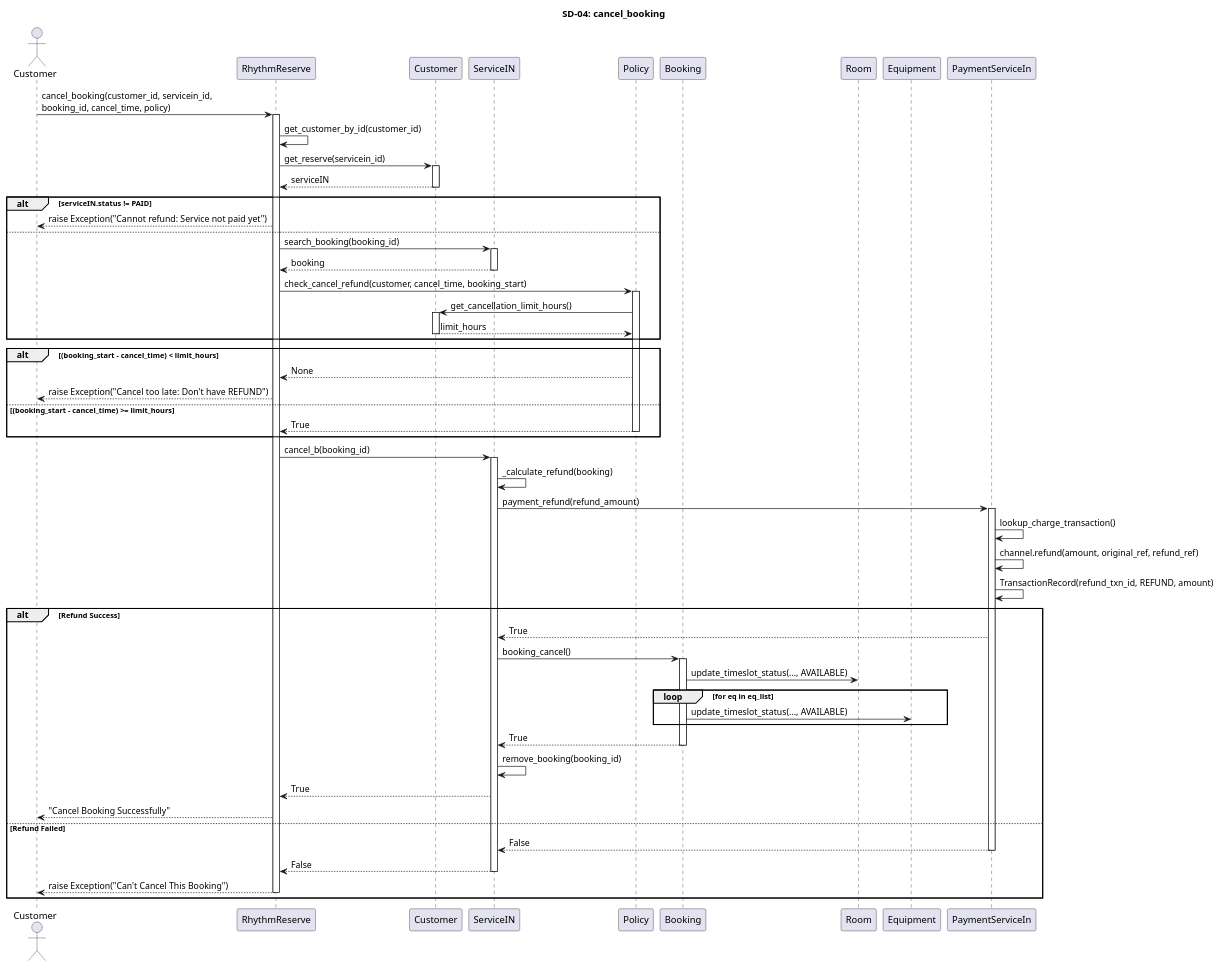
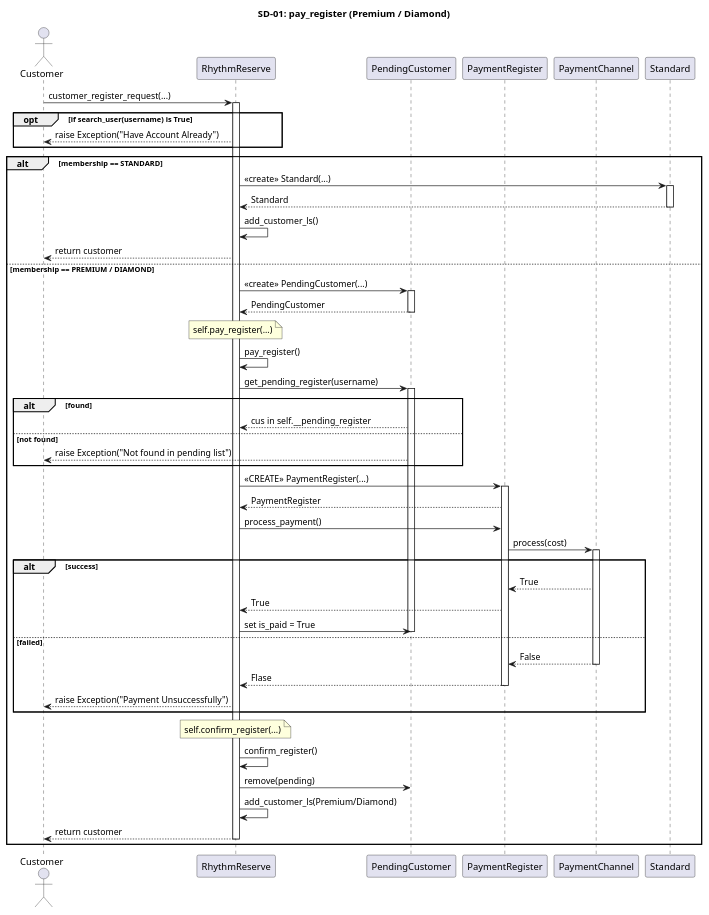
The diagram in diagram/sequence_diagram/9final_sequence/sd_01_pay_register.puml (pjngth998/RhythmReserve), drawn with PlantUML before and after one commit. The commit also changed 1 other file, not shown here.

```diff
--- a/diagram/sequence_diagram/9final_sequence/sd_01_pay_register.puml
+++ b/diagram/sequence_diagram/9final_sequence/sd_01_pay_register.puml
@@ -1,77 +1,70 @@
 @startuml
-title SD-04: cancel_booking
+title SD-01: pay_register (Premium / Diamond)
 
-actor Customer as C
+actor "Customer" as C
 participant "RhythmReserve" as RR
-participant "Customer" as CUS
-participant "ServiceIN" as SIN
-participant "Policy" as POL
-participant "Booking" as BK
-participant "Room" as R
-participant "Equipment" as Eq
-participant "PaymentServiceIn" as PSIN
 
-C -> RR : cancel_booking(customer_id, servicein_id,\nbooking_id, cancel_time, policy)
+participant "PendingCustomer" as PENDC
+participant "PaymentRegister" as PAYR
+participant "PaymentChannel" as PAYC
+participant "Standard" as STD
+
+C->RR: customer_register_request(...)
 activate RR
 
-RR -> RR : get_customer_by_id(customer_id)
-RR -> CUS : get_reserve(servicein_id)
-activate CUS
-CUS --> RR : serviceIN
-deactivate CUS
-
-alt serviceIN.status != PAID
-    RR --> C : raise Exception("Cannot refund: Service not paid yet")
-else
-    RR -> SIN : search_booking(booking_id)
-    activate SIN
-    SIN --> RR : booking
-    deactivate SIN
-
-    RR -> POL : check_cancel_refund(customer, cancel_time, booking_start)
-    activate POL
-    POL -> CUS : get_cancellation_limit_hours()
-    activate CUS
-    CUS --> POL : limit_hours
-    deactivate CUS
+opt if search_user(username) is True
+     RR-->C: raise Exception("Have Account Already")
 end
 
-alt (booking_start - cancel_time) < limit_hours
-    POL --> RR : None
-    RR --> C : raise Exception("Cancel too late: Don't have REFUND")
-else (booking_start - cancel_time) >= limit_hours
-    POL --> RR : True
-    deactivate POL
-end
+alt membership == STANDARD
+     RR -> STD : <<create>> Standard(...)
+     activate STD
+     STD --> RR :  Standard
+     deactivate STD
+     RR -> RR : add_customer_ls()
+     RR --> C : return customer
+else membership == PREMIUM / DIAMOND
+     RR -> PENDC : <<create>> PendingCustomer(...)
+     activate PENDC
+     PENDC --> RR : PendingCustomer
+     deactivate PENDC
+     
+     Note over RR: self.pay_register(...)
+     RR->RR: pay_register()
+     RR->PENDC: get_pending_register(username)
+     activate PENDC
+     alt found
+          PENDC --> RR : cus in self.__pending_register
+     else not found
+          PENDC --> C: raise Exception("Not found in pending list")
+     end
 
-RR -> SIN : cancel_b(booking_id)
-activate SIN
-SIN -> SIN : _calculate_refund(booking)
-SIN -> PSIN : payment_refund(refund_amount)
-activate PSIN
-PSIN -> PSIN : lookup_charge_transaction()
-PSIN -> PSIN : channel.refund(amount, original_ref, refund_ref)
-PSIN -> PSIN : TransactionRecord(refund_txn_id, REFUND, amount)
-alt Refund Success
-    PSIN --> SIN : True
-    SIN -> BK : booking_cancel()
-    activate BK
-    BK -> R : update_timeslot_status(..., AVAILABLE)
-    loop for eq in eq_list
-        BK -> Eq : update_timeslot_status(..., AVAILABLE)
-    end
-    BK --> SIN : True
-    deactivate BK
-    SIN -> SIN : remove_booking(booking_id)
-    SIN --> RR : True
-    RR --> C : "Cancel Booking Successfully"
-else Refund Failed
-    PSIN --> SIN : False
-    deactivate PSIN
-    SIN --> RR : False
-    deactivate SIN
-    RR --> C : raise Exception("Can't Cancel This Booking")
-    deactivate RR
-end
+     RR->PAYR: <<CREATE>> PaymentRegister(...)
+     activate PAYR
+     PAYR-->RR: PaymentRegister
+     RR->PAYR: process_payment()
+     PAYR->PAYC: process(cost)
+     activate PAYC
+     alt success
+          PAYC-->PAYR: True
+          PAYR-->RR: True
+          RR->PENDC: set is_paid = True
+          deactivate PENDC
+     else failed
+          PAYC-->PAYR: False
+          deactivate PAYC
+          PAYR-->RR: Flase
+          deactivate PAYR
+          RR-->C: raise Exception("Payment Unsuccessfully")
+     end
+     
+
+     Note over RR: self.confirm_register(...)
+     RR->RR: confirm_register()
+     RR->PENDC: remove(pending)
+     RR->RR: add_customer_ls(Premium/Diamond)
+     RR-->C: return customer
+     deactivate RR
+end 
 
 @enduml
```
